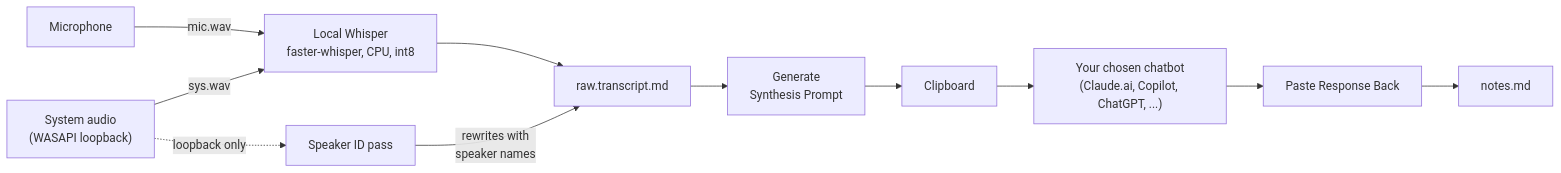
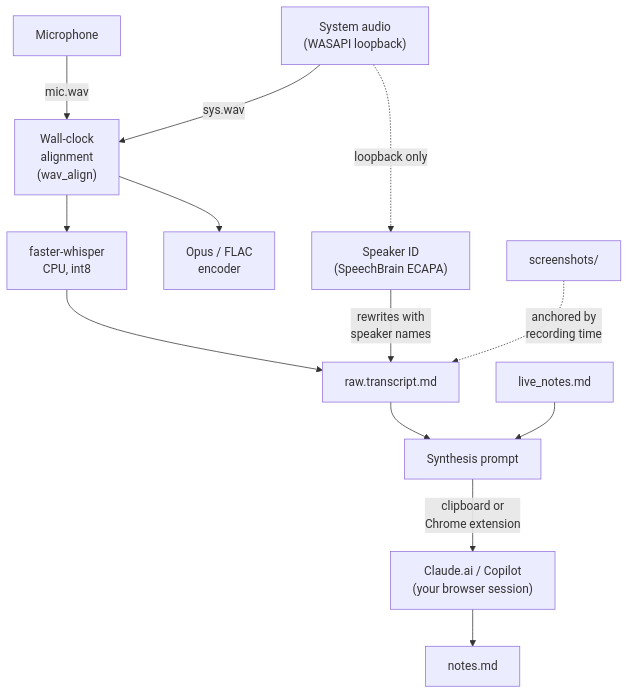
One commit to aarondodd/meeting-notetaker changed the first of 7 diagrams in README.md. Above: the diagram before and after it, drawn with Mermaid. The commit also changed other lines of this file and 74 other files, not shown here.

First line of the commit message:
v0.6.5: screen capture + region-draw, retained-audio playback + transcript sync, mic/sys alignment, video export, auto-capture (#20)

````diff
--- a/README.md
+++ b/README.md
@@ -75,20 +548,28 @@
 ```mermaid
-flowchart LR
+flowchart TD
     mic[Microphone]
     sys["System audio<br/>(WASAPI loopback)"]
-    whisper["Local Whisper<br/>faster-whisper, CPU, int8"]
+    align["Wall-clock<br/>alignment<br/>(wav_align)"]
+    whisper["faster-whisper<br/>CPU, int8"]
+    diar["Speaker ID<br/>(SpeechBrain ECAPA)"]
+    encoder["Opus / FLAC<br/>encoder"]
     transcript[raw.transcript.md]
-    diar["Speaker ID pass"]
-    prompt[Generate<br/>Synthesis Prompt]
-    clip[Clipboard]
-    chatbot["Your chosen chatbot<br/>(Claude.ai, Copilot, ChatGPT, ...)"]
-    paste[Paste Response Back]
+    sshots[screenshots/]
+    notes_live[live_notes.md]
     notes[notes.md]
+    prompt[Synthesis prompt]
+    llm["Claude.ai / Copilot<br/>(your browser session)"]
 
-    mic -->|mic.wav| whisper
-    sys -->|sys.wav| whisper
-    whisper --> transcript
+    mic -->|mic.wav| align
+    sys -->|sys.wav| align
+    align --> whisper
+    align --> encoder
     sys -. loopback only .-> diar
     diar -->|rewrites with<br/>speaker names| transcript
-    transcript --> prompt --> clip --> chatbot --> paste --> notes
+    whisper --> transcript
+    sshots -. anchored by<br/>recording time .-> transcript
+    notes_live --> prompt
+    transcript --> prompt
+    prompt -->|clipboard or<br/>Chrome extension| llm
+    llm --> notes
 ```
````
